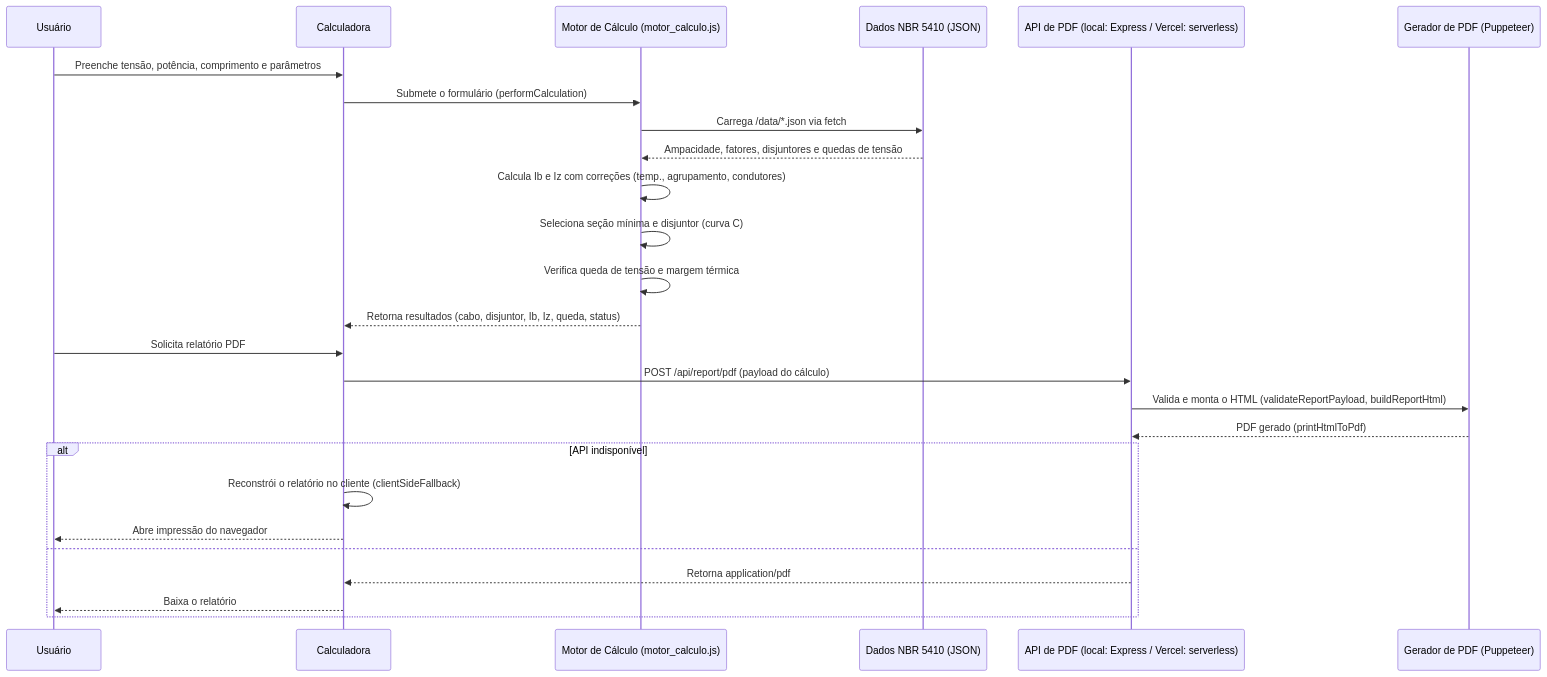
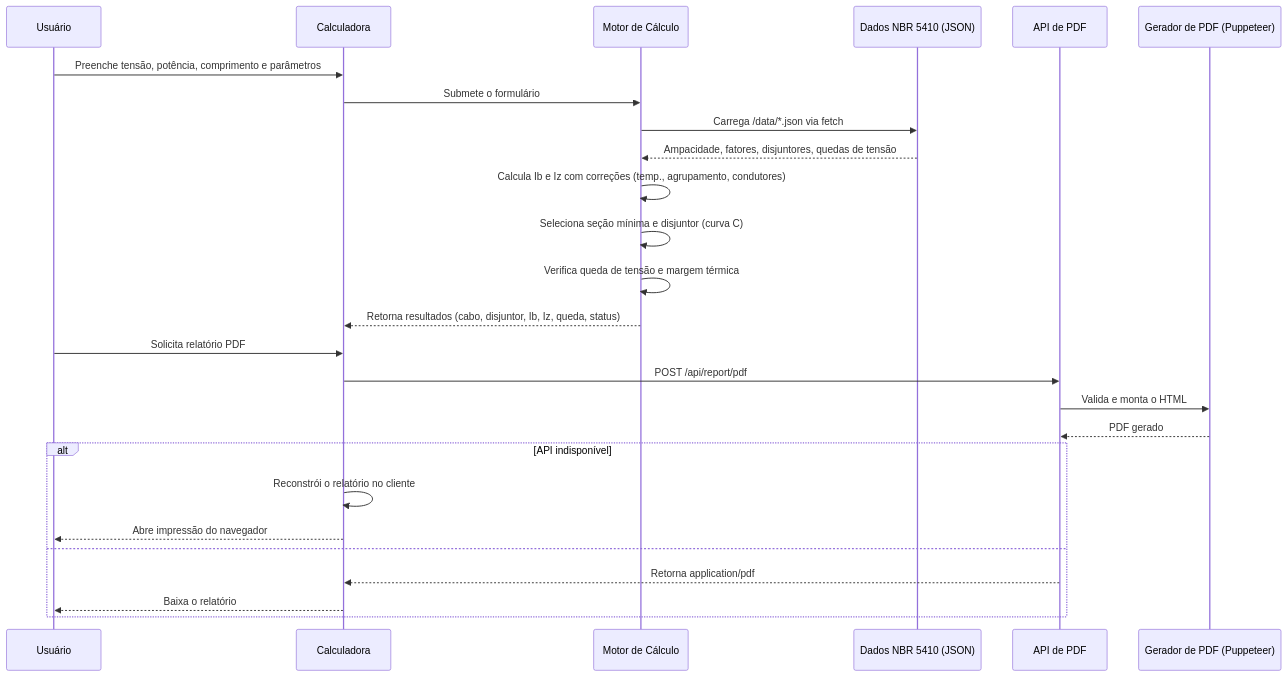
Before and after one commit to Y2kNat/DimenVolt-Studio: the first of 3 diagrams in README.md, drawn with Mermaid. The commit also changed other lines of this file, not shown here.

````diff
--- a/README.md
+++ b/README.md
@@ -85,29 +114,29 @@
 ```mermaid
 sequenceDiagram
     participant U as Usuário
     participant UI as Calculadora
-    participant C as Motor de Cálculo (motor_calculo.js)
+    participant C as Motor de Cálculo
     participant D as Dados NBR 5410 (JSON)
-    participant S as API de PDF (local: Express / Vercel: serverless)
+    participant S as API de PDF
     participant P as Gerador de PDF (Puppeteer)
 
     U->>UI: Preenche tensão, potência, comprimento e parâmetros
-    UI->>C: Submete o formulário (performCalculation)
+    UI->>C: Submete o formulário
     C->>D: Carrega /data/*.json via fetch
-    D-->>C: Ampacidade, fatores, disjuntores e quedas de tensão
+    D-->>C: Ampacidade, fatores, disjuntores, quedas de tensão
     C->>C: Calcula Ib e Iz com correções (temp., agrupamento, condutores)
     C->>C: Seleciona seção mínima e disjuntor (curva C)
     C->>C: Verifica queda de tensão e margem térmica
     C-->>UI: Retorna resultados (cabo, disjuntor, Ib, Iz, queda, status)
     U->>UI: Solicita relatório PDF
-    UI->>S: POST /api/report/pdf (payload do cálculo)
-    S->>P: Valida e monta o HTML (validateReportPayload, buildReportHtml)
-    P-->>S: PDF gerado (printHtmlToPdf)
+    UI->>S: POST /api/report/pdf
+    S->>P: Valida e monta o HTML
+    P-->>S: PDF gerado
     alt API indisponível
-        UI->>UI: Reconstrói o relatório no cliente (clientSideFallback)
+        UI->>UI: Reconstrói o relatório no cliente
         UI-->>U: Abre impressão do navegador
     else
         S-->>UI: Retorna application/pdf
         UI-->>U: Baixa o relatório
     end
 ```
````
